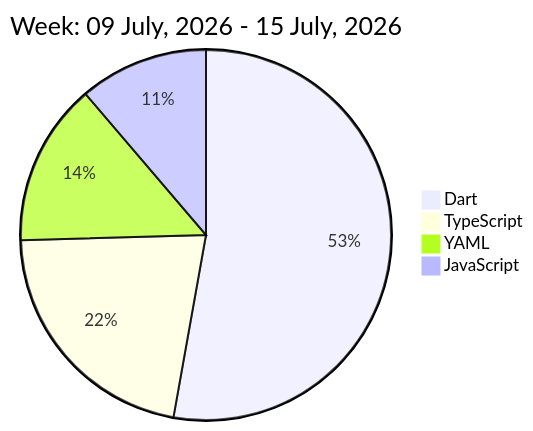
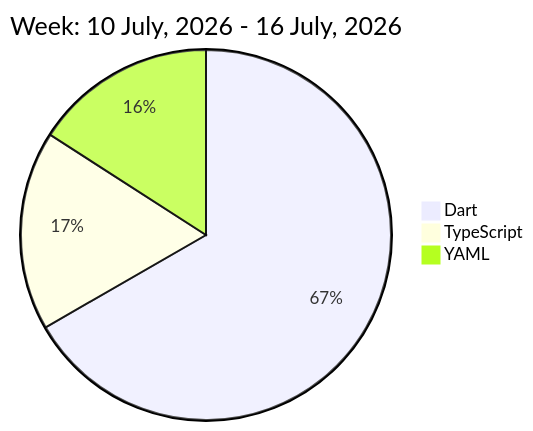
One commit to liubin95/liubin95 changed the diagram in README.md. Above: the diagram before and after it, drawn with Mermaid.

Commit message:
Updated the Graph with new Metrics

````diff
--- a/README.md
+++ b/README.md
@@ -32,8 +32,7 @@
 ```mermaid
  pie
-title Week: 09 July, 2026 - 15 July, 2026
- "Dart" : 8.92
- "TypeScript" : 3.67
- "YAML" : 2.4
- "JavaScript" : 1.9
+title Week: 10 July, 2026 - 16 July, 2026
+ "Dart" : 11.03
+ "TypeScript" : 2.88
+ "YAML" : 2.63
 ```
````
